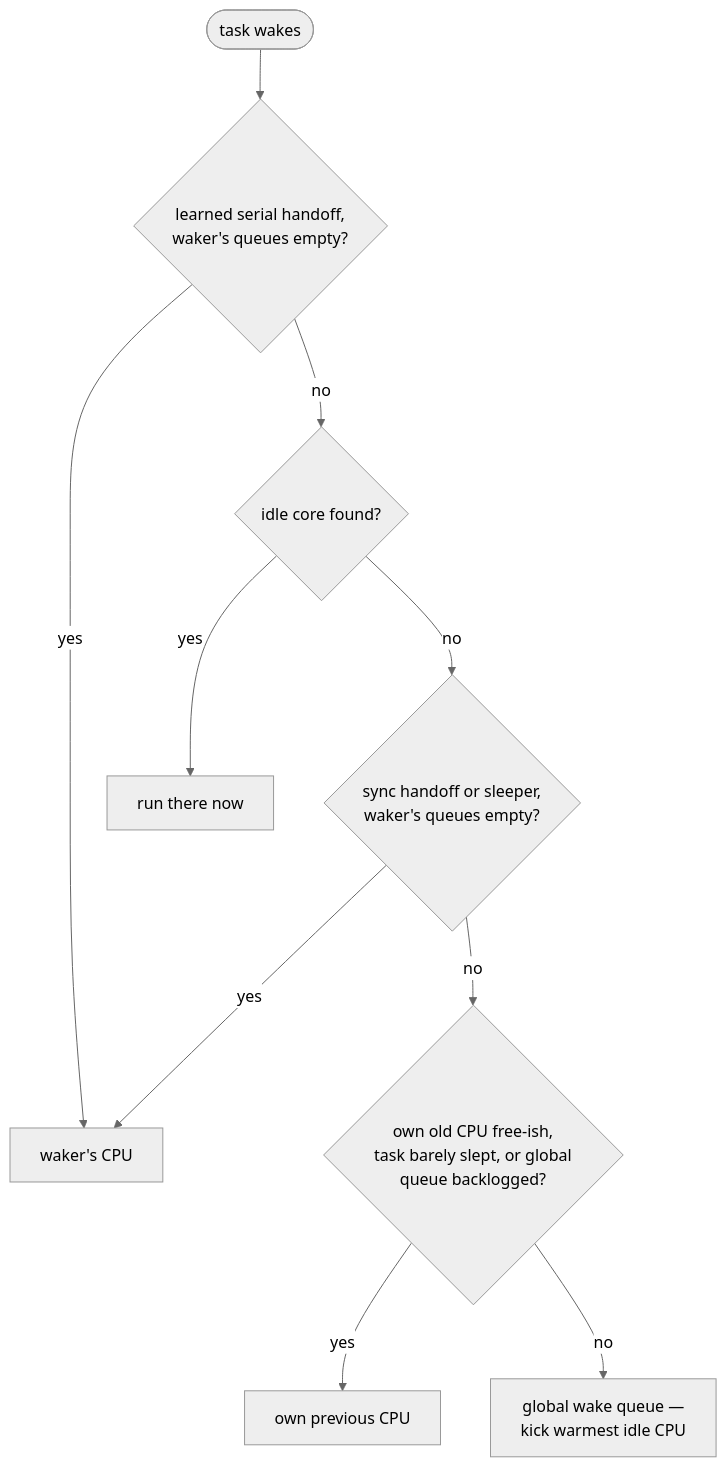
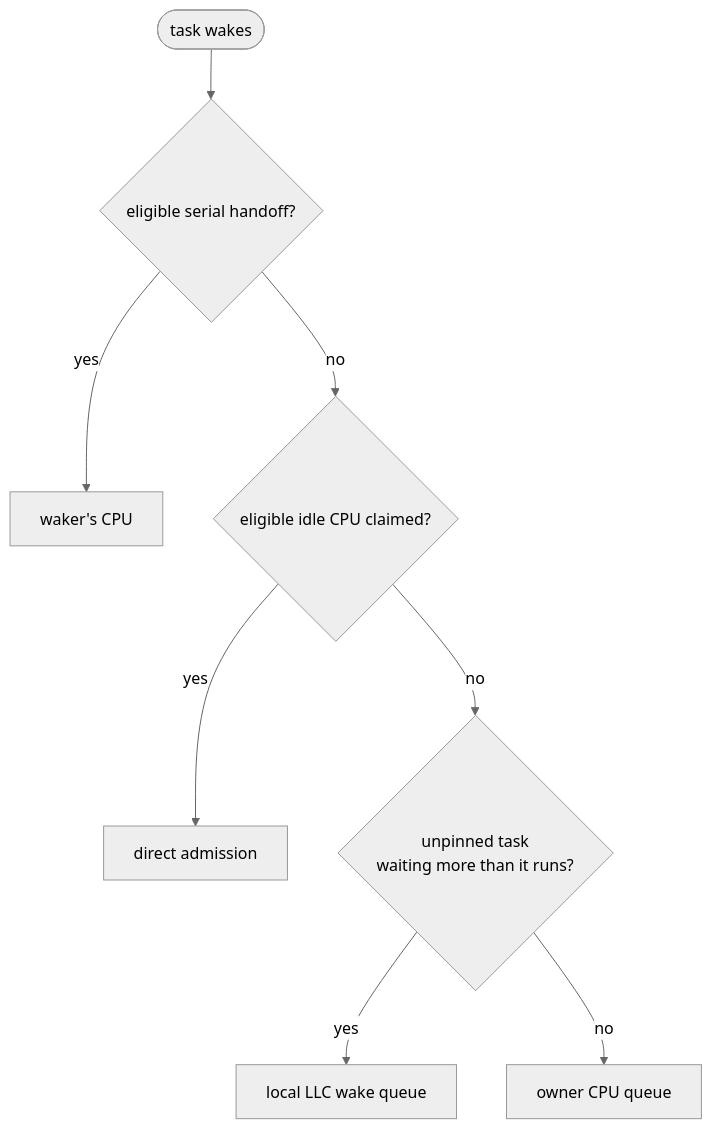
The diagram in scheds/rust/scx_cake/README.md (sched-ext/scx), drawn with Mermaid (neutral theme) before and after one commit. The commit also changed other lines of this file and 9 other files, not shown here.

````diff
--- a/scheds/rust/scx_cake/README.md
+++ b/scheds/rust/scx_cake/README.md
@@ -108,12 +109,10 @@
 ```mermaid
 flowchart TD
-    W([task wakes]) --> H{learned serial handoff,<br/>waker's queues empty?}
+    W([task wakes]) --> H{eligible serial handoff?}
     H -- yes --> WC[waker's CPU]
-    H -- no --> I{idle core found?}
-    I -- yes --> DD[run there now]
-    I -- no --> S{sync handoff or sleeper,<br/>waker's queues empty?}
-    S -- yes --> WC
-    S -- no --> P{own old CPU free-ish,<br/>task barely slept, or global<br/>queue backlogged?}
-    P -- yes --> PC[own previous CPU]
-    P -- no --> G[global wake queue —<br/>kick warmest idle CPU]
+    H -- no --> I{eligible idle CPU claimed?}
+    I -- yes --> DD[direct admission]
+    I -- no --> P{unpinned task<br/>waiting more than it runs?}
+    P -- yes --> G[local LLC wake queue]
+    P -- no --> PC[owner CPU queue]
 ```
````
